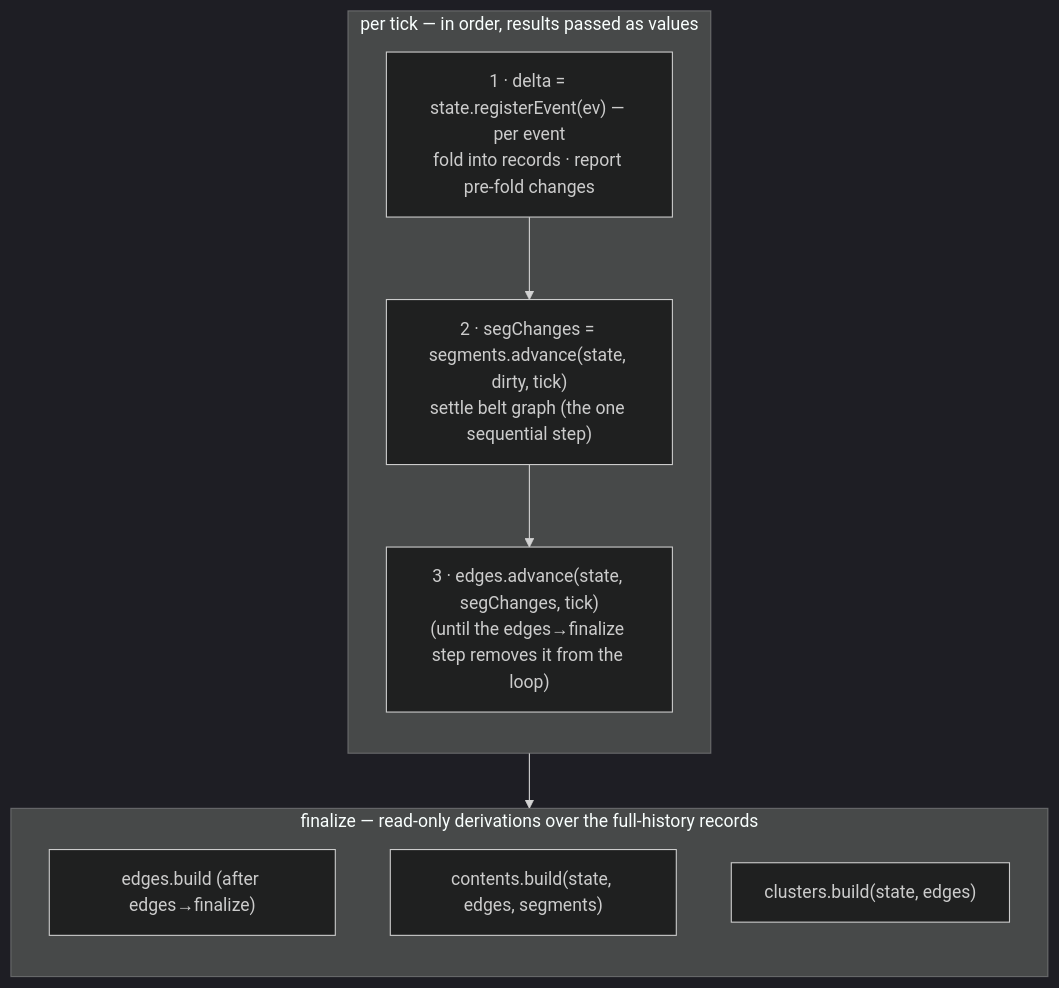
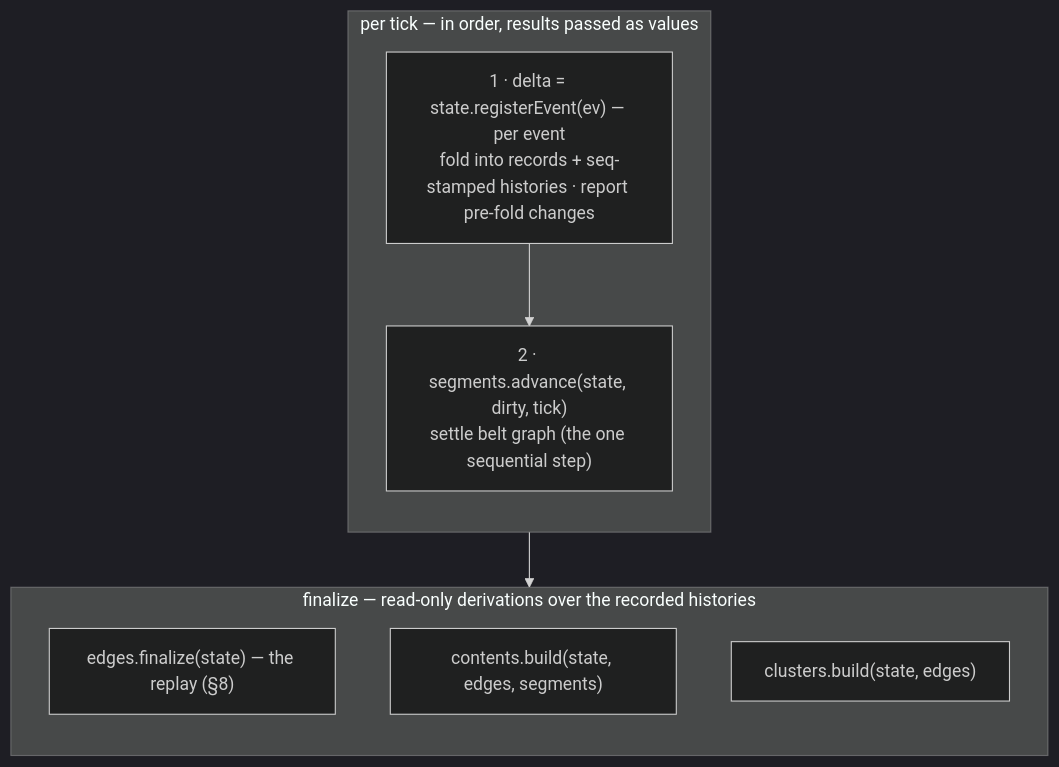
The second of 2 diagrams in docs/specs/flow_pipeline_structure.md (ameateye/Replay-analyzer), drawn with Mermaid (dark theme) before and after one commit. The commit also changed other lines of this file and 6 other files, not shown here.

First line of the commit message:
Derive the edge ledger at finalize by replaying recorded history

````diff
--- a/docs/specs/flow_pipeline_structure.md
+++ b/docs/specs/flow_pipeline_structure.md
@@ -76,17 +76,16 @@
 ```mermaid
 flowchart TD
   subgraph TICK["per tick — in order, results passed as values"]
     direction TB
-    R["1 · delta = state.registerEvent(ev) — per event<br/>fold into records · report pre-fold changes"]
-    S["2 · segChanges = segments.advance(state, dirty, tick)<br/>settle belt graph (the one sequential step)"]
-    E["3 · edges.advance(state, segChanges, tick)<br/>(until the edges→finalize step removes it from the loop)"]
-    R --> S --> E
+    R["1 · delta = state.registerEvent(ev) — per event<br/>fold into records + seq-stamped histories · report pre-fold changes"]
+    S["2 · segments.advance(state, dirty, tick)<br/>settle belt graph (the one sequential step)"]
+    R --> S
   end
   TICK --> FIN
-  subgraph FIN["finalize — read-only derivations over the full-history records"]
+  subgraph FIN["finalize — read-only derivations over the recorded histories"]
     direction TB
-    C1["edges.build (after edges→finalize)"]
+    C1["edges.finalize(state) — the replay (§8)"]
     C2["contents.build(state, edges, segments)"]
     C3["clusters.build(state, edges)"]
   end
 ```
````
